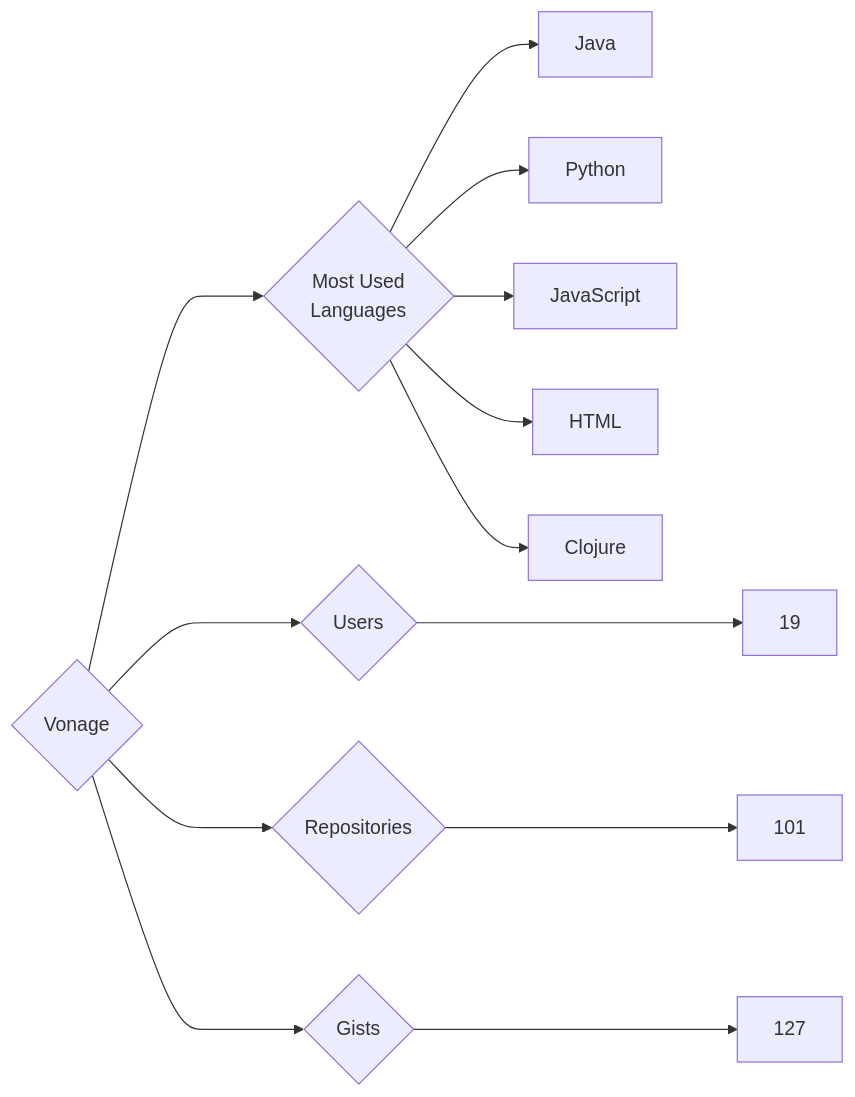
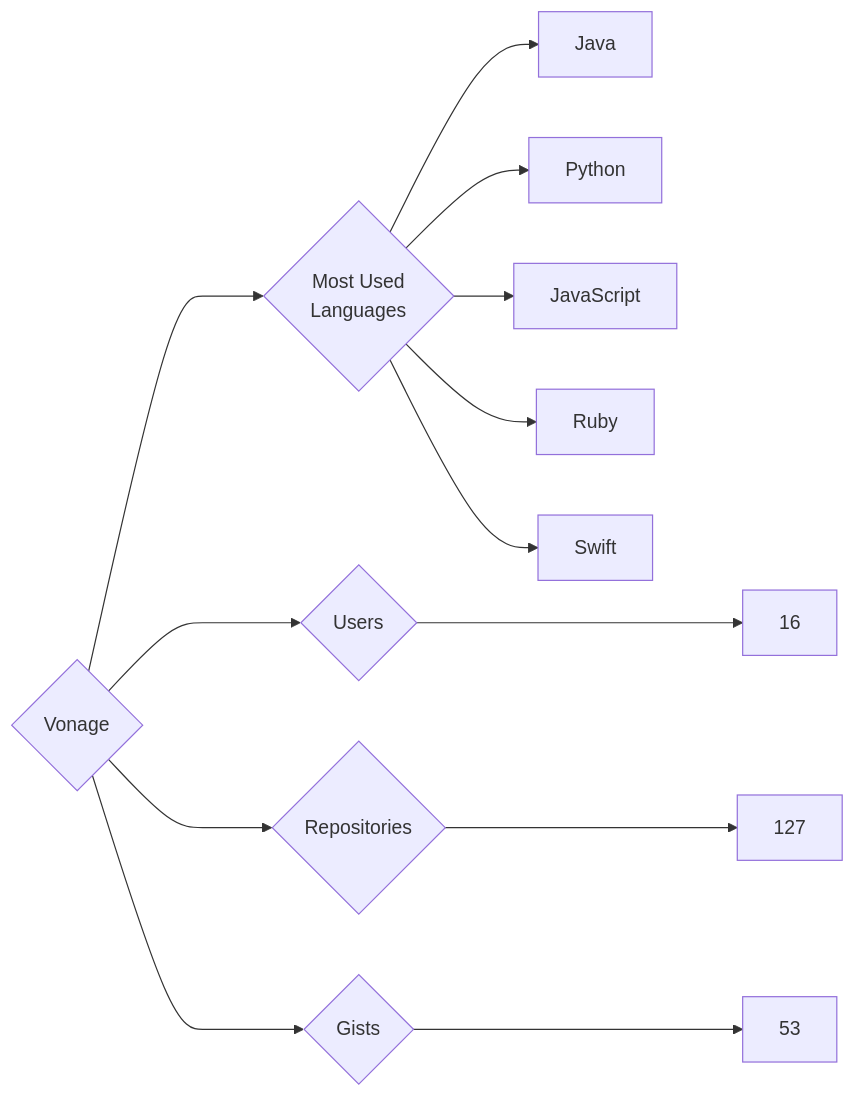
The diagram in targets/Vonage/README.md (trickest/insiders), drawn with Mermaid before and after one commit. The commit also changed 912 other files, not shown here.

````diff
--- a/targets/Vonage/README.md
+++ b/targets/Vonage/README.md
@@ -3,13 +3,13 @@
 ```mermaid
 graph LR
 COMPANY_NAME{Vonage}
-COMPANY_NAME ---> U{Users} ---> UN[19]
-COMPANY_NAME ---> R{Repositories} ---> RN[101]
-COMPANY_NAME ---> G{Gists} ---> GN[127]
+COMPANY_NAME ---> U{Users} ---> UN[16]
+COMPANY_NAME ---> R{Repositories} ---> RN[127]
+COMPANY_NAME ---> G{Gists} ---> GN[53]
 COMPANY_NAME ---> ML{Most Used<br>Languages}
 ML --> Java[Java]
 ML --> Python[Python]
 ML --> JavaScript[JavaScript]
-ML --> HTML[HTML]
-ML --> Clojure[Clojure]
+ML --> Ruby[Ruby]
+ML --> Swift[Swift]
 ```
````
